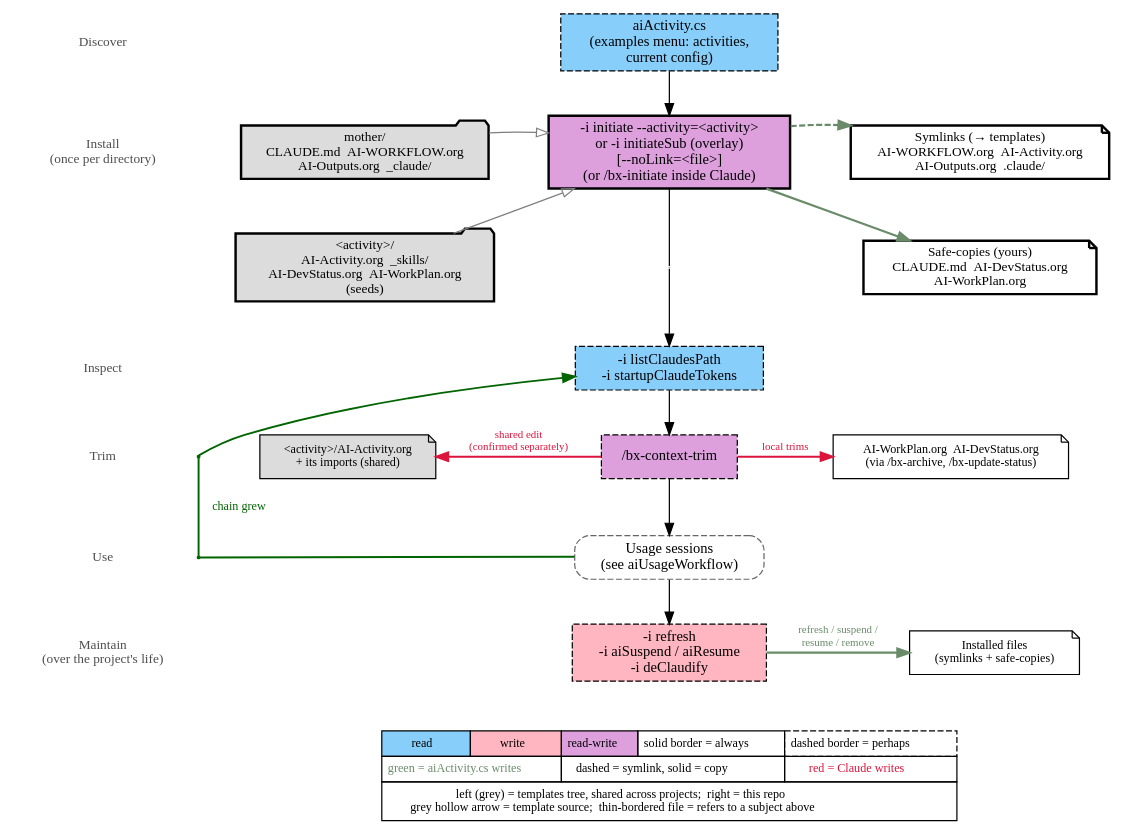
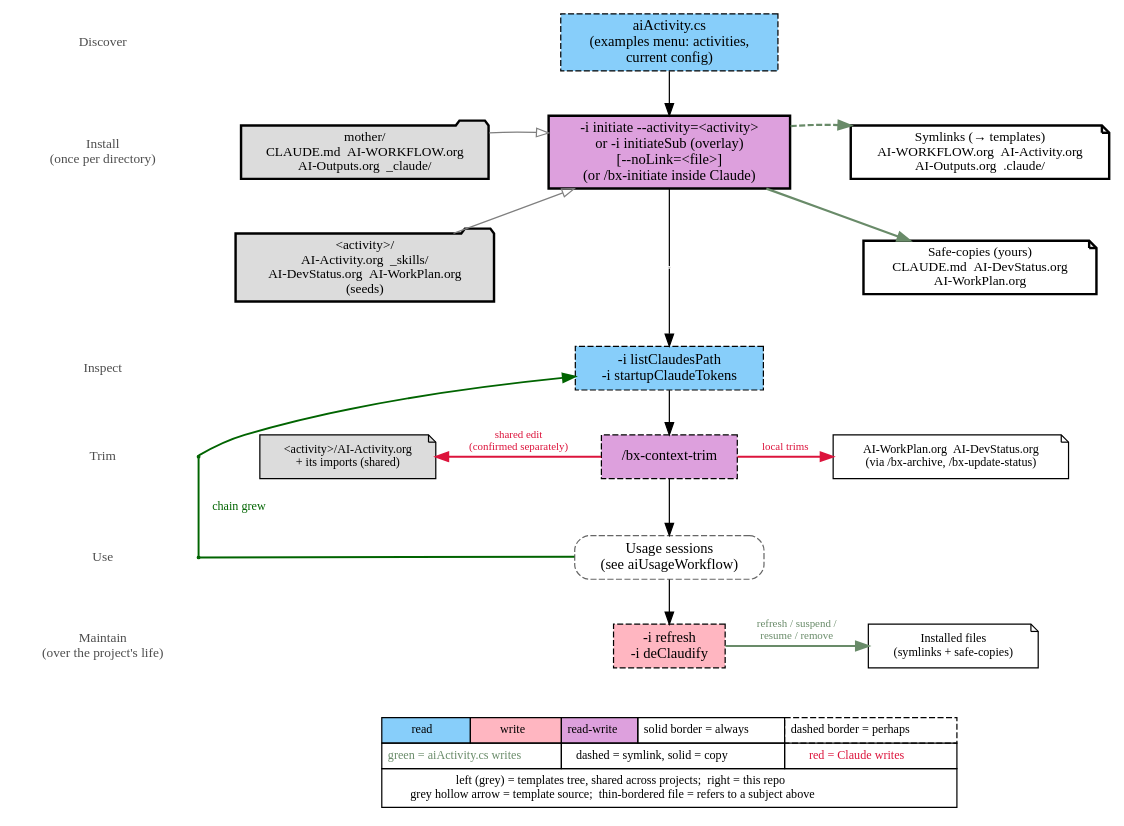
Before and after one commit to bisos/defaults: the diagram in ai-templates/_nonTemplate_/images/aiStartupWorkflow.gv, drawn with Graphviz. The commit also changed 7 other files, not shown here.

First line of the commit message:
The templates no longer describe aiSuspend/aiResume, which the engine retired, and the aiActivity activity's AI-Activity.org now matches how the engine resolves templates and installs AI-Outputs.org.

```diff
--- a/ai-templates/_nonTemplate_/images/aiStartupWorkflow.gv
+++ b/ai-templates/_nonTemplate_/images/aiStartupWorkflow.gv
@@ -1,120 +1,119 @@
 digraph {
 	nodesep=0.35 rankdir=TB ranksep=0.5
 	node [fontsize=12]
 	lyr_discover [label=Discover fontcolor=gray30 fontsize=11 group=labels shape=plaintext]
 	lyr_install [label="Install
 (once per directory)" fontcolor=gray30 fontsize=11 group=labels shape=plaintext]
 	lyr_install2 [label="" fontcolor=gray30 fontsize=11 group=labels shape=plaintext]
 	lyr_inspect [label=Inspect fontcolor=gray30 fontsize=11 group=labels shape=plaintext]
 	lyr_trim [label=Trim fontcolor=gray30 fontsize=11 group=labels shape=plaintext]
 	lyr_usage [label=Use fontcolor=gray30 fontsize=11 group=labels shape=plaintext]
 	lyr_maintain [label="Maintain
 (over the project's life)" fontcolor=gray30 fontsize=11 group=labels shape=plaintext]
 	lyr_discover -> lyr_install [style=invis]
 	lyr_install -> lyr_install2 [style=invis]
 	lyr_install2 -> lyr_inspect [style=invis]
 	lyr_inspect -> lyr_trim [style=invis]
 	lyr_trim -> lyr_usage [style=invis]
 	lyr_usage -> lyr_maintain [style=invis]
 	{
 		rank=same
 		lyr_discover
 		discover [label="aiActivity.cs
 (examples menu: activities,
 current config)" fillcolor=lightskyblue group=spine shape=rectangle style="filled,dashed"]
 	}
 	{
 		rank=same
 		lyr_install
 		tplMother [label="mother/
 CLAUDE.md  AI-WORKFLOW.org
 AI-Outputs.org  _claude/" fillcolor=gainsboro fontsize=11 group=templates shape=folder style="filled,bold"]
 		install [label="-i initiate --activity=<activity>
 or -i initiateSub (overlay)
 [--noLink=<file>]
 (or /bx-initiate inside Claude)" fillcolor=plum group=spine shape=rectangle style="filled,bold"]
 		subjLinks [label="Symlinks (→ templates)
 AI-WORKFLOW.org  AI-Activity.org
 AI-Outputs.org  .claude/" fillcolor=white fontsize=11 group=subjects shape=note style="filled,bold"]
 	}
 	{
 		rank=same
 		lyr_install2
 		tplActivity [label="<activity>/
 AI-Activity.org  _skills/
 AI-DevStatus.org  AI-WorkPlan.org
 (seeds)" fillcolor=gainsboro fontsize=11 group=templates shape=folder style="filled,bold"]
 		install2 [label="" color=gray70 group=spine shape=point width=0.01]
 		subjCopies [label="Safe-copies (yours)
 CLAUDE.md  AI-DevStatus.org
 AI-WorkPlan.org" fillcolor=white fontsize=11 group=subjects shape=note style="filled,bold"]
 	}
 	{
 		rank=same
 		lyr_inspect
 		inspect [label="-i listClaudesPath
 -i startupClaudeTokens" fillcolor=lightskyblue group=spine shape=rectangle style="filled,dashed"]
 	}
 	{
 		rank=same
 		lyr_trim
 		loopViaTrim [label="" color=darkgreen group=loop shape=point width=0.03]
 		refShared [label="<activity>/AI-Activity.org
 + its imports (shared)" fillcolor=gainsboro fontsize=10 shape=note style=filled]
 		trim [label="/bx-context-trim" fillcolor=plum group=spine shape=rectangle style="filled,dashed"]
 		refLocal [label="AI-WorkPlan.org  AI-DevStatus.org
 (via /bx-archive, /bx-update-status)" fillcolor=white fontsize=10 shape=note style=filled]
 	}
 	{
 		rank=same
 		lyr_usage
 		loopViaUse [label="" color=darkgreen group=loop shape=point width=0.03]
 		usage [label="Usage sessions
 (see aiUsageWorkflow)" color=gray40 group=spine shape=rectangle style="rounded,dashed"]
 	}
 	{
 		rank=same
 		lyr_maintain
 		maintain [label="-i refresh
--i aiSuspend / aiResume
 -i deClaudify" fillcolor=lightpink group=spine shape=rectangle style="filled,dashed"]
 		refInstalled [label="Installed files
 (symlinks + safe-copies)" fillcolor=white fontsize=10 shape=note style=filled]
 	}
 	lyr_install -> tplMother [style=invis]
 	tplMother -> install [style=invis]
 	install -> subjLinks [style=invis]
 	lyr_install2 -> tplActivity [style=invis]
 	tplActivity -> install2 [style=invis]
 	install2 -> subjCopies [style=invis]
 	lyr_trim -> loopViaTrim [style=invis]
 	loopViaTrim -> refShared [style=invis]
 	refShared -> trim [style=invis]
 	trim -> refLocal [style=invis]
 	lyr_usage -> loopViaUse [style=invis]
 	loopViaUse -> usage [style=invis]
 	lyr_maintain -> maintain [style=invis]
 	maintain -> refInstalled [style=invis]
 	tplMother -> tplActivity [style=invis]
 	subjLinks -> subjCopies [style=invis]
 	discover -> install
 	install -> install2 [arrowhead=none]
 	install2 -> inspect
 	inspect -> trim
 	trim -> usage
 	usage -> maintain
 	tplMother -> install [arrowhead=empty color=gray50 constraint=false]
 	tplActivity -> install [arrowhead=empty color=gray50 constraint=false]
 	install -> subjLinks [color=darkseagreen4 constraint=false penwidth=1.8 style=dashed]
 	install -> subjCopies [color=darkseagreen4 constraint=false penwidth=1.8]
 	maintain -> refInstalled [label=" refresh / suspend / 
  resume / remove " color=darkseagreen4 constraint=false fontcolor=darkseagreen4 fontsize=9 penwidth=1.8]
 	refShared -> trim [label=" shared edit 
  (confirmed separately) " color=crimson constraint=false dir=back fontcolor=crimson fontsize=9 penwidth=1.6]
 	trim -> refLocal [label=" local trims " color=crimson constraint=false fontcolor=crimson fontsize=9 penwidth=1.6]
 	inspect -> loopViaTrim [color=darkgreen dir=back penwidth=1.6]
 	loopViaTrim -> loopViaUse [label="  chain grew  " color=darkgreen dir=none fontcolor=darkgreen fontsize=10 penwidth=1.6]
 	loopViaUse -> usage [color=darkgreen dir=none penwidth=1.6]
 	legend [label=<<TABLE BORDER="0" CELLBORDER="1" CELLSPACING="0" CELLPADDING="4"><TR><TD BGCOLOR="lightskyblue">read</TD><TD BGCOLOR="lightpink">write</TD><TD BGCOLOR="plum">read-write</TD><TD>solid border = always</TD><TD STYLE="dashed">dashed border = perhaps</TD></TR><TR><TD COLSPAN="2"><FONT COLOR="darkseagreen4">green = aiActivity.cs writes</FONT></TD><TD COLSPAN="2">dashed = symlink, solid = copy</TD><TD><FONT COLOR="crimson">red = Claude writes</FONT></TD></TR><TR><TD COLSPAN="5">left (grey) = templates tree, shared across projects;  right = this repo<BR/>grey hollow arrow = template source;  thin-bordered file = refers to a subject above</TD></TR></TABLE>> fontsize=10 shape=plaintext]
 	maintain -> legend [style=invis]
 }
```
